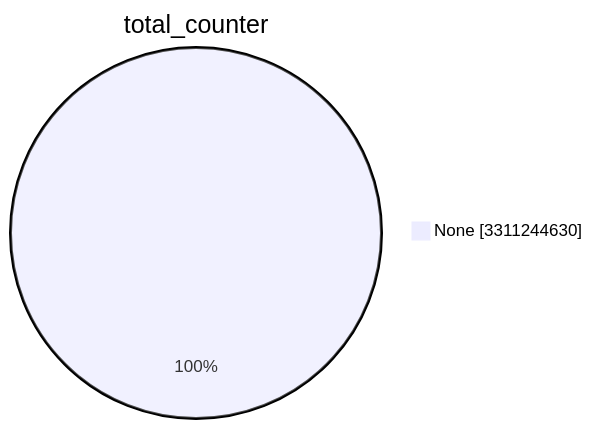
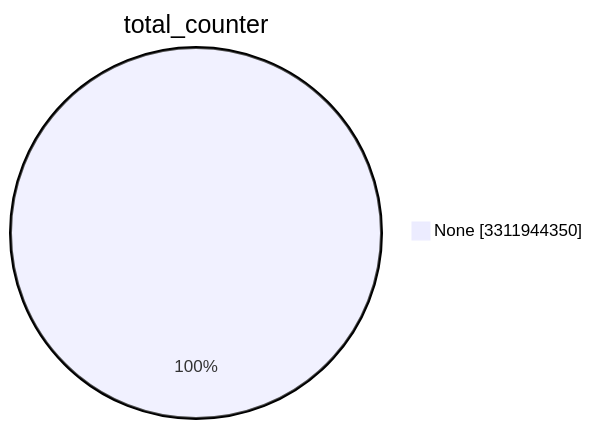
Before and after one commit to christiankrug/ctmonitor_visualization: the first of 15 diagrams in TOTAL/README.md, drawn with Mermaid. The commit also changed other lines of this file, not shown here.

````diff
--- a/TOTAL/README.md
+++ b/TOTAL/README.md
@@ -1,5 +1,5 @@
 ```mermaid
 pie showData
 title total_counter
-"None" :3311244630
+"None" :3311944350
 ```
````
